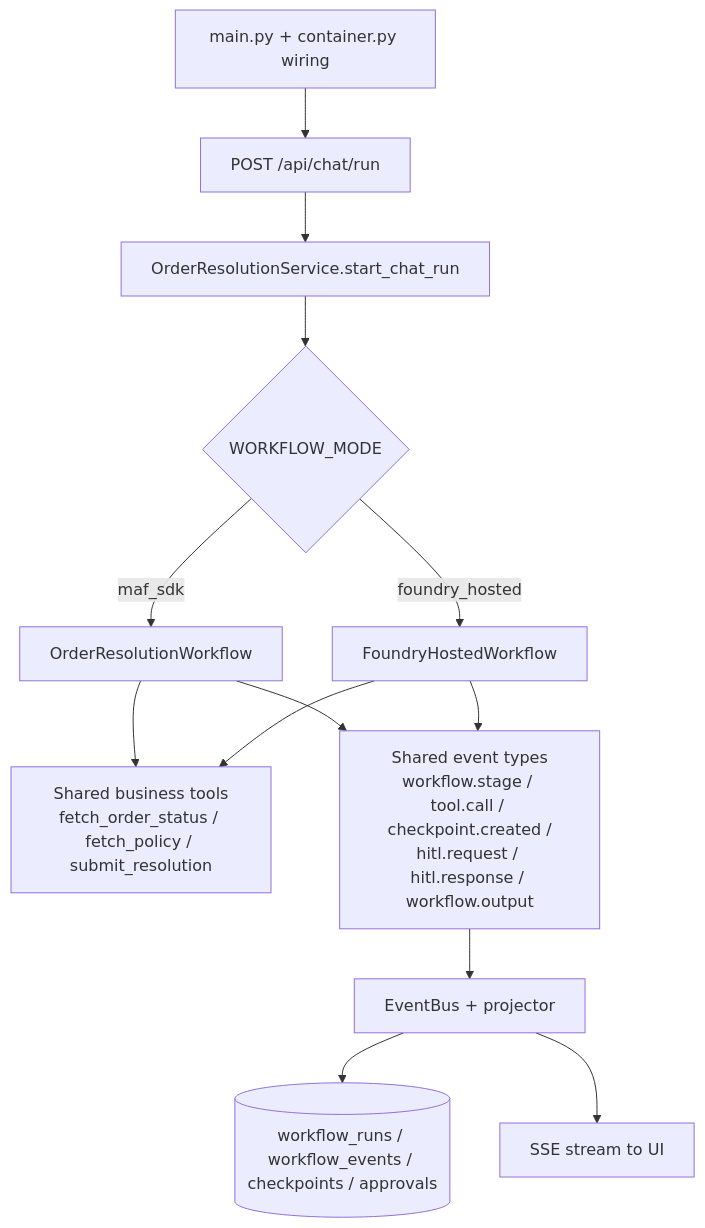
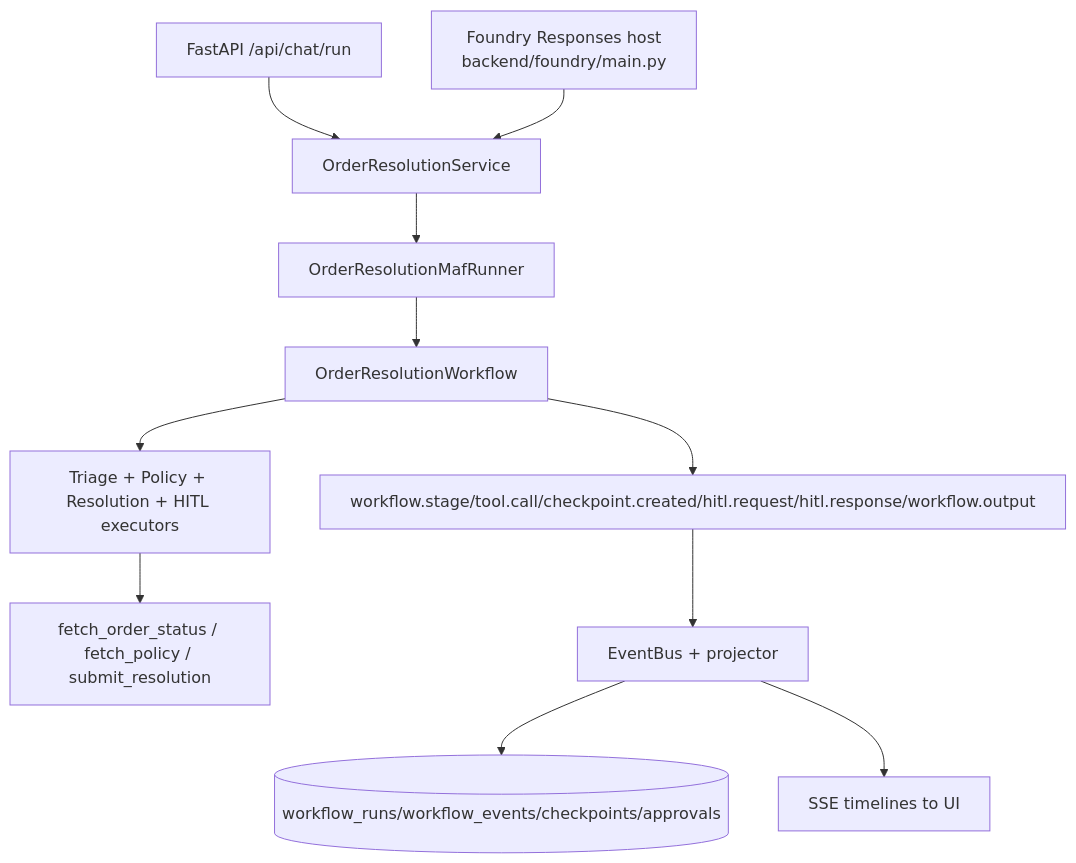
Before and after one commit to ppenumatsa1/maf-order-resolution-agent: the second of 2 diagrams in docs/design/architecture.md, drawn with Mermaid. The commit also changed other lines of this file and 74 other files, not shown here.

First line of the commit message:
Stabilize Foundry workflow and operating model gates

````diff
--- a/docs/design/architecture.md
+++ b/docs/design/architecture.md
@@ -104,22 +105,13 @@
 ```mermaid
 flowchart TD
-    A[main.py + container.py wiring]
-    B[POST /api/chat/run]
-    C[OrderResolutionService.start_chat_run]
-    D{WORKFLOW_MODE}
-
-    A --> B --> C --> D
-
-    D -->|maf_sdk| E1[OrderResolutionWorkflow]
-    D -->|foundry_hosted| E2[FoundryHostedWorkflow]
-
-    E1 --> F[Shared business tools\nfetch_order_status / fetch_policy / submit_resolution]
-    E2 --> F
-
-    E1 --> G[Shared event types\nworkflow.stage / tool.call / checkpoint.created /\nhitl.request / hitl.response / workflow.output]
-    E2 --> G
-
-    G --> H[EventBus + projector]
-    H --> I[(workflow_runs / workflow_events / checkpoints / approvals)]
-    H --> J[SSE stream to UI]
+    A[FastAPI /api/chat/run] --> SVC[OrderResolutionService]
+    B[Foundry Responses host\nbackend/foundry/main.py] --> SVC
+    SVC --> RUN[OrderResolutionMafRunner]
+    RUN --> WF[OrderResolutionWorkflow]
+    WF --> EX[Triage + Policy + Resolution + HITL executors]
+    EX --> TOOLS[fetch_order_status / fetch_policy / submit_resolution]
+    WF --> EVT[workflow.stage/tool.call/checkpoint.created/hitl.request/hitl.response/workflow.output]
+    EVT --> BUS[EventBus + projector]
+    BUS --> DB[(workflow_runs/workflow_events/checkpoints/approvals)]
+    BUS --> SSE[SSE timelines to UI]
 ```
````
